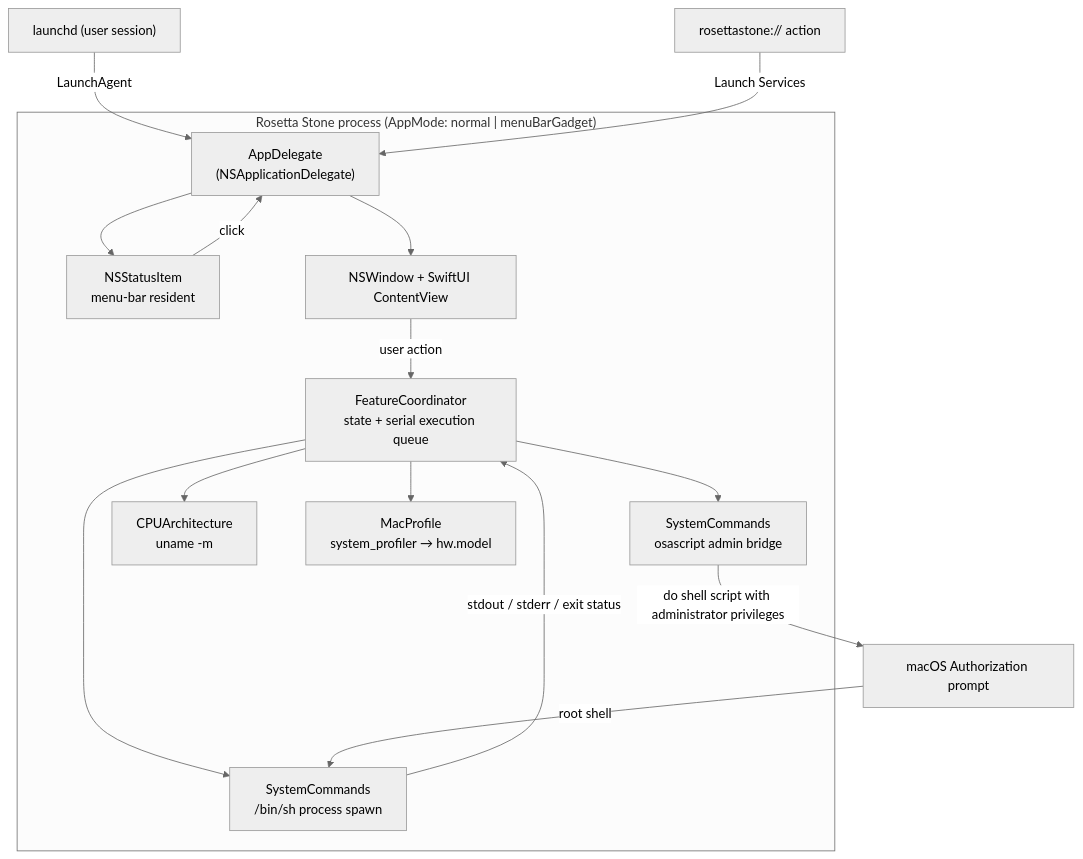
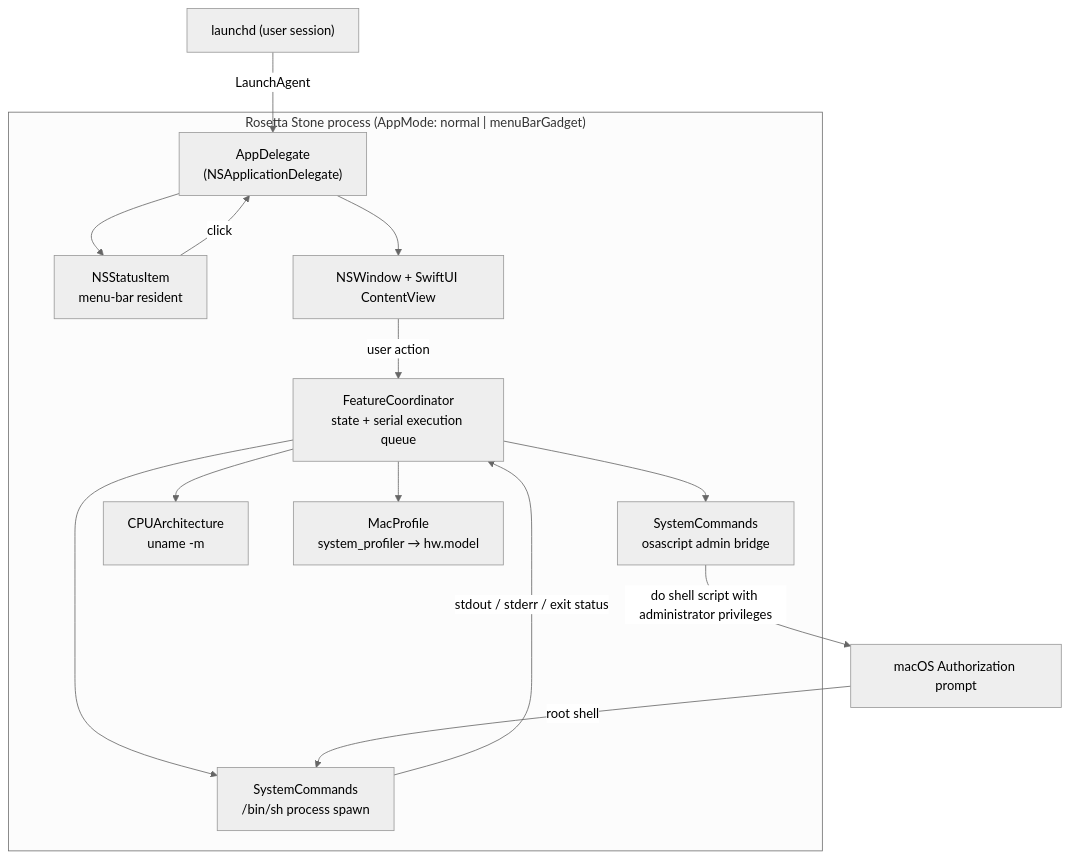
Before and after one commit to pppoipoit/Rosetta_Stone: the first of 9 diagrams in docs/ARCHITECTURE.md, drawn with Mermaid (neutral theme). The commit also changed other lines of this file and 26 other files, not shown here.

````diff
--- a/docs/ARCHITECTURE.md
+++ b/docs/ARCHITECTURE.md
@@ -65,28 +64,27 @@
 ```mermaid
 graph TB
     subgraph Process["Rosetta Stone process (AppMode: normal | menuBarGadget)"]
         App["AppDelegate<br/>(NSApplicationDelegate)"]
         Status["NSStatusItem<br/>menu-bar resident"]
         Win["NSWindow + SwiftUI ContentView"]
         Coord["FeatureCoordinator<br/>state + serial execution queue"]
         Priv["SystemCommands<br/>osascript admin bridge"]
         Runner["SystemCommands<br/>/bin/sh process spawn"]
         CPU["CPUArchitecture<br/>uname -m"]
         Profile["MacProfile<br/>system_profiler → hw.model"]
 
         App --> Status
         App --> Win
         Status -->|click| App
         Win -->|user action| Coord
         Coord --> Priv
         Coord --> Runner
         Coord --> CPU
         Coord --> Profile
     end
 
     Login["launchd (user session)"] -->|LaunchAgent| App
-    URL["rosettastone:// action"] -->|Launch Services| App
     Priv -->|do shell script with administrator privileges| Auth["macOS Authorization prompt"]
     Auth -->|root shell| Runner
     Runner -->|stdout / stderr / exit status| Coord
 ```
````
